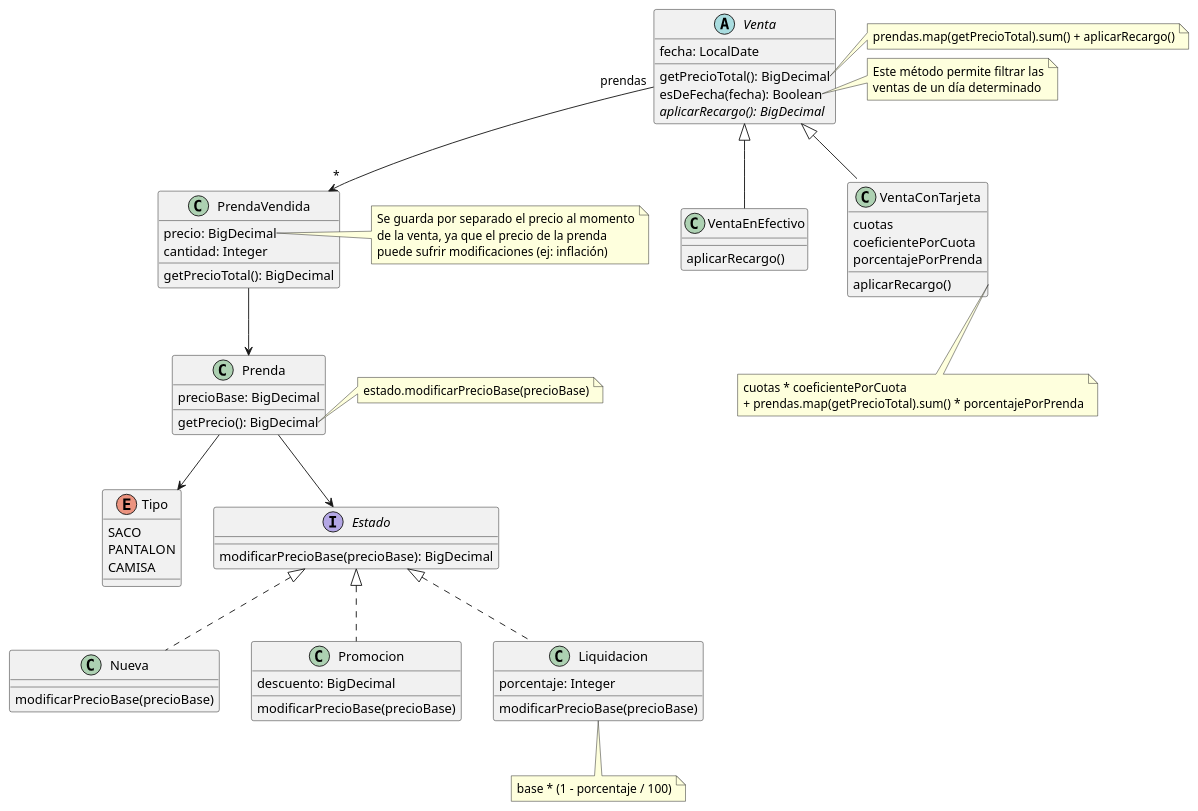
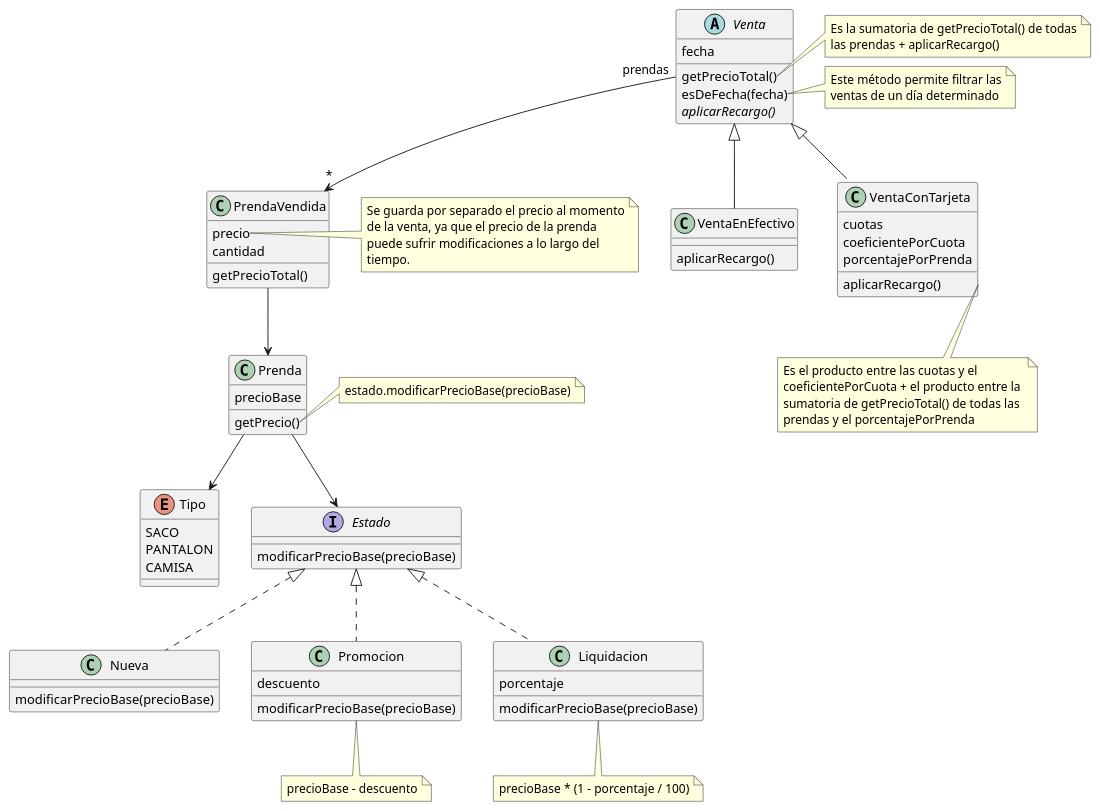
Before and after one commit to RaniAgus/dds-jv-2022-macowins: the diagram in docs/diagram.puml, drawn with PlantUML.

```diff
--- a/docs/diagram.puml
+++ b/docs/diagram.puml
@@ -1,94 +1,104 @@
 @startuml
 abstract class Venta {
-  fecha: LocalDate
-  getPrecioTotal(): BigDecimal
-  esDeFecha(fecha): Boolean
-  {abstract} aplicarRecargo(): BigDecimal
+  fecha
+  getPrecioTotal()
+  esDeFecha(fecha)
+  {abstract} aplicarRecargo()
 }
 
 Venta "prendas" --> "*" PrendaVendida
 
 note right of Venta::getPrecioTotal
-  prendas.map(getPrecioTotal).sum() + aplicarRecargo()
+  Es la sumatoria de getPrecioTotal() de todas
+  las prendas + aplicarRecargo()
 end note
 
 note right of Venta::esDeFecha
   Este método permite filtrar las
   ventas de un día determinado
 end note
 
 class VentaEnEfectivo extends Venta {
   aplicarRecargo()
 }
 
 class VentaConTarjeta extends Venta {
   cuotas
   coeficientePorCuota
   porcentajePorPrenda
   aplicarRecargo()
 }
 
 note as RecargoTarjeta
-  cuotas * coeficientePorCuota
-  + prendas.map(getPrecioTotal).sum() * porcentajePorPrenda
+  Es el producto entre las cuotas y el 
+  coeficientePorCuota + el producto entre la 
+  sumatoria de getPrecioTotal() de todas las
+  prendas y el porcentajePorPrenda
 end note
 
 VentaConTarjeta::aplicarRecargo .. RecargoTarjeta
 
 class PrendaVendida {
-  precio: BigDecimal
-  cantidad: Integer
-  getPrecioTotal(): BigDecimal
+  precio
+  cantidad
+  getPrecioTotal()
 }
 
 PrendaVendida --> Prenda
 
 note right of PrendaVendida::precio
   Se guarda por separado el precio al momento
   de la venta, ya que el precio de la prenda
-  puede sufrir modificaciones (ej: inflación)
+  puede sufrir modificaciones a lo largo del
+  tiempo.
 end note
 
 class Prenda {
-  precioBase: BigDecimal
-  getPrecio(): BigDecimal
+  precioBase
+  getPrecio()
 }
 
 Prenda --> Tipo
 Prenda --> Estado
 
 note right of Prenda::getPrecio
 estado.modificarPrecioBase(precioBase)
 end note
 
 enum Tipo {
   SACO
   PANTALON
   CAMISA
 }
 
 interface Estado {
-  modificarPrecioBase(precioBase): BigDecimal
+  modificarPrecioBase(precioBase)
 }
 
 class Nueva implements Estado {
   modificarPrecioBase(precioBase)
 }
 
 class Promocion implements Estado {
-  descuento: BigDecimal
+  descuento
   modificarPrecioBase(precioBase)
 }
 
+note as PromocionCalculo
+precioBase - descuento
+end note
+
+Promocion .. PromocionCalculo
+
 class Liquidacion implements Estado {
-  porcentaje: Integer
+  porcentaje
   modificarPrecioBase(precioBase)
 }
 
 note as LiquidacionCalculo
-base * (1 - porcentaje / 100)
+precioBase * (1 - porcentaje / 100)
 end note
 
 Liquidacion .. LiquidacionCalculo
 
 @enduml
```
